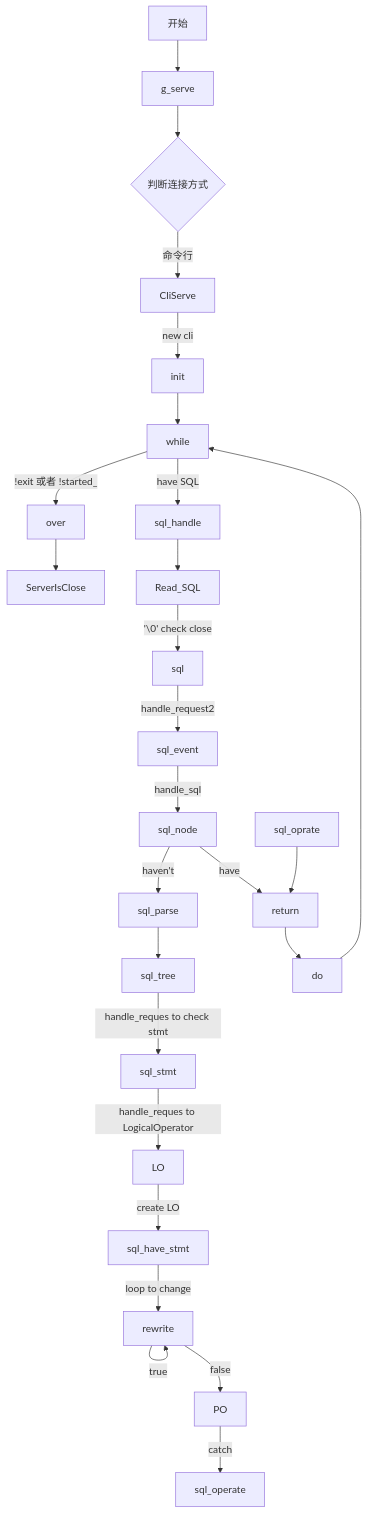
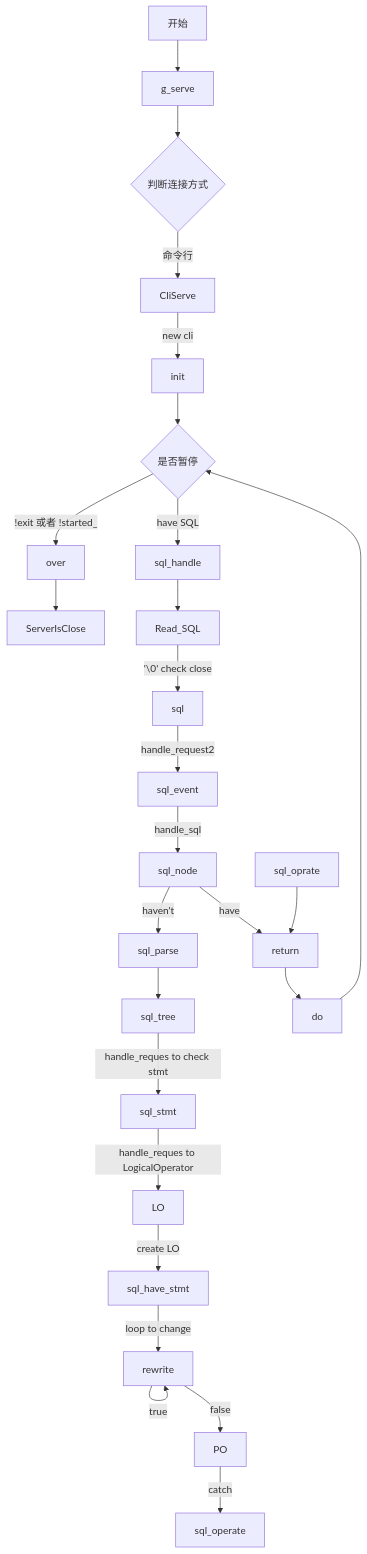
Before and after one commit to jyoushitou/Blog-Article: the diagram in article/2026_09_26.md, drawn with Mermaid.

Commit message:
20260926v13

````diff
--- a/article/2026_09_26.md
+++ b/article/2026_09_26.md
@@ -208,28 +208,28 @@
 ```mermaid
 graph TD
   main[开始] --> g_serve
   g_serve --> serve{判断连接方式}
   serve -->|命令行| cli[CliServe]
   cli --> |new cli| init
-  init --> while
+  init --> while{是否暂停}
   while --> |have SQL| sql_handle
   while --> |!exit 或者 !started_ | over
   over --> ServerIsClose
   sql_handle --> Read_SQL
   Read_SQL --> |'\0' check close| sql
   sql -->  |handle_request2| sql_event
   sql_event --> |handle_sql| sql_node
   sql_node --> |have| return 
   sql_node --> |haven't| sql_parse
   sql_parse --> sql_tree
   sql_tree --> |handle_reques to check stmt| sql_stmt
   sql_stmt --> |handle_reques to LogicalOperator| LO
   LO --> |create LO| sql_have_stmt
   sql_have_stmt --> |loop to change| rewrite
   rewrite --> |true| rewrite
   rewrite --> |false| PO
   PO --> |catch| sql_operate
   sql_oprate -->return  
   return --> do
   do -->while
 ```
````
